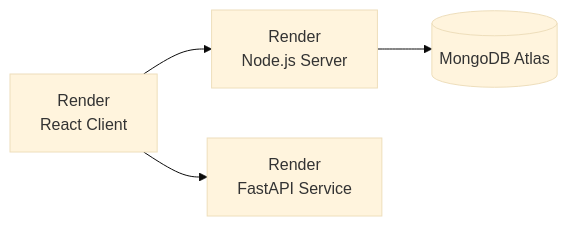
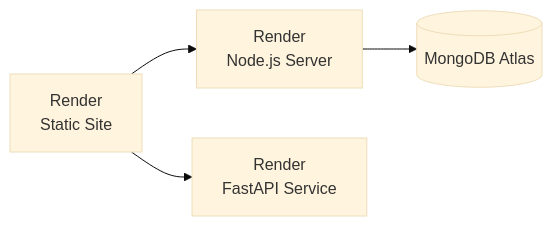
One commit to TheIchigoSimp/HackNova_Hackathon changed the diagram in DEPLOYMENT_GUIDE.md. Above: the diagram before and after it, drawn with Mermaid (base theme). The commit also changed other lines of this file and 1 other file, not shown here.

````diff
--- a/DEPLOYMENT_GUIDE.md
+++ b/DEPLOYMENT_GUIDE.md
@@ -7,6 +7,6 @@
 ```mermaid
 graph LR
-    A[Render<br/>React Client] --> B[Render<br/>Node.js Server]
+    A[Render<br/>Static Site] --> B[Render<br/>Node.js Server]
     A --> C[Render<br/>FastAPI Service]
     B --> D[(MongoDB Atlas)]
 ```
````
